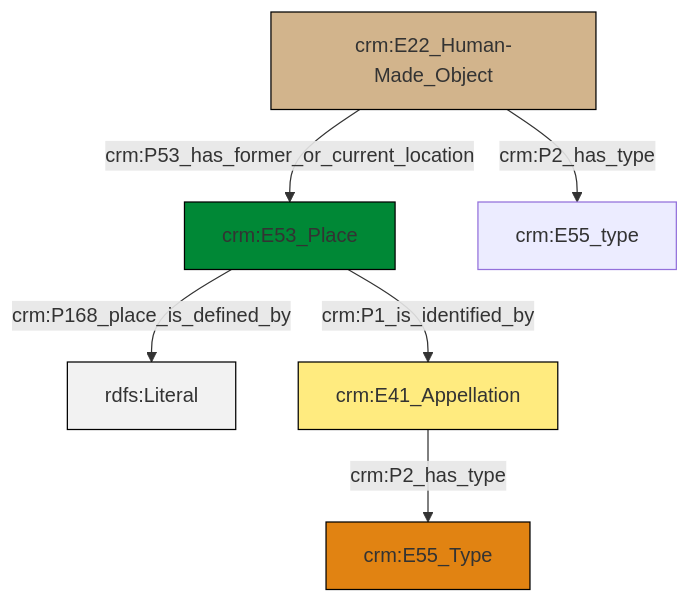
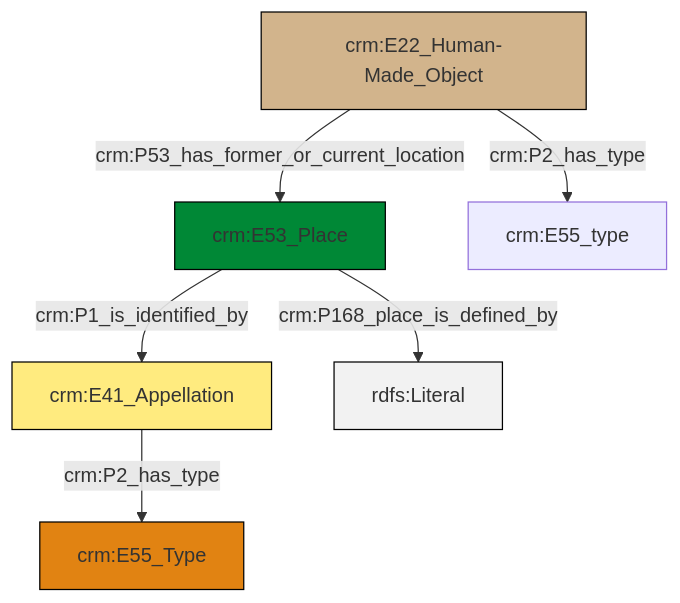
Before and after one commit to swiss-art-research-net/docs.swissartresearch: the diagram in et/builtWorkCSV/ttl/mmd/Built_Work_location.ttl.mmd, drawn with Mermaid. The commit also changed 180 other files, not shown here.

```diff
--- a/et/builtWorkCSV/ttl/mmd/Built_Work_location.ttl.mmd
+++ b/et/builtWorkCSV/ttl/mmd/Built_Work_location.ttl.mmd
@@ -1,20 +1,20 @@
 graph TD
 classDef Literal fill:#f2f2f2,stroke:#000000;
 classDef CRM_Entity fill:#FFFFFF,stroke:#000000;
 classDef Temporal_Entity fill:#00C9E6, stroke:#000000;
 classDef Type fill:#E18312, stroke:#000000;
 classDef Time-Span fill:#2C9C91, stroke:#000000;
 classDef Appellation fill:#FFEB7F, stroke:#000000;
 classDef Place fill:#008836, stroke:#000000;
 classDef Persistent_Item fill:#B266B2, stroke:#000000;
 classDef Conceptual_Object fill:#FFD700, stroke:#000000;
 classDef Physical_Thing fill:#D2B48C, stroke:#000000;
 classDef Actor fill:#f58aad, stroke:#000000;
 classDef PC_Classes fill:#4ce600, stroke:#000000;
 classDef Multi fill:#cccccc,stroke:#000000;
 
-2["crm:E22_Human-Made_Object"]:::Physical_Thing -->|crm:P2_has_type| 6["crm:E55_type"]:::Default
-0["crm:E53_Place"]:::Place -->|crm:P168_place_is_defined_by| 7[rdfs:Literal]:::Literal
-0["crm:E53_Place"]:::Place -->|crm:P1_is_identified_by| 8["crm:E41_Appellation"]:::Appellation
-8["crm:E41_Appellation"]:::Appellation -->|crm:P2_has_type| 4["crm:E55_Type"]:::Type
-2["crm:E22_Human-Made_Object"]:::Physical_Thing -->|crm:P53_has_former_or_current_location| 0["crm:E53_Place"]:::Place
+0["crm:E41_Appellation"]:::Appellation -->|crm:P2_has_type| 1["crm:E55_Type"]:::Type
+3["crm:E22_Human-Made_Object"]:::Physical_Thing -->|crm:P53_has_former_or_current_location| 4["crm:E53_Place"]:::Place
+3["crm:E22_Human-Made_Object"]:::Physical_Thing -->|crm:P2_has_type| 5["crm:E55_type"]:::Default
+4["crm:E53_Place"]:::Place -->|crm:P168_place_is_defined_by| 6[rdfs:Literal]:::Literal
+4["crm:E53_Place"]:::Place -->|crm:P1_is_identified_by| 0["crm:E41_Appellation"]:::Appellation
```
